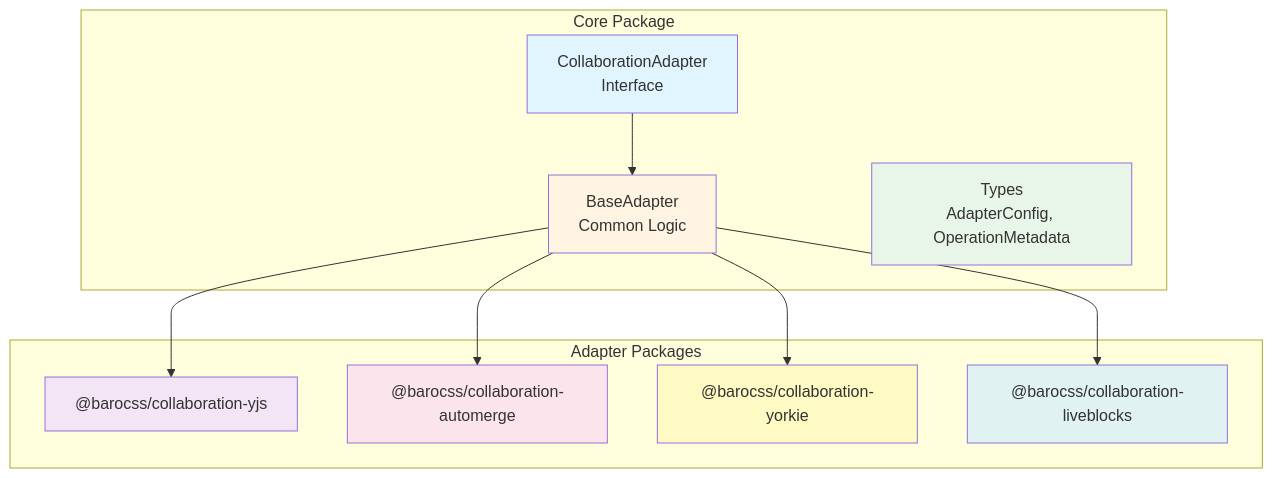
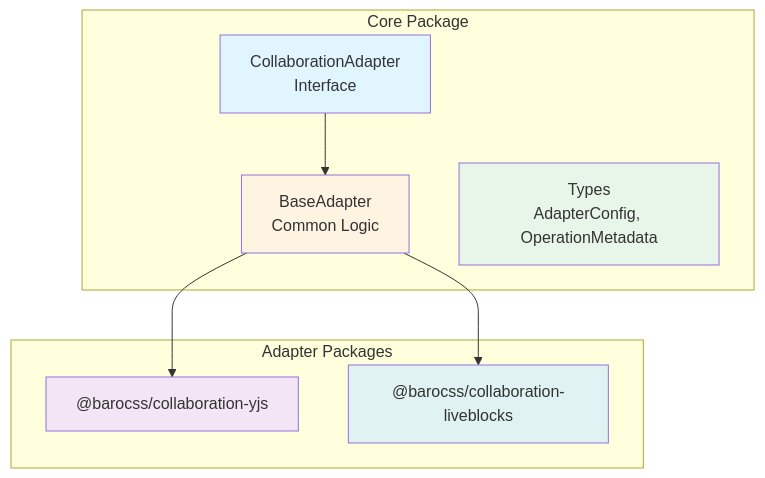
The first of 2 diagrams in packages/collaboration/README.md (barocss/barocss-editor), drawn with Mermaid before and after one commit. The commit also changed other lines of this file and 168 other files, not shown here.

````diff
--- a/packages/collaboration/README.md
+++ b/packages/collaboration/README.md
@@ -7,29 +7,23 @@
 ```mermaid
 graph TB
     subgraph "Core Package"
         A["CollaborationAdapter<br/>Interface"]
         B["BaseAdapter<br/>Common Logic"]
         C["Types<br/>AdapterConfig, OperationMetadata"]
     end
     
     subgraph "Adapter Packages"
         D["@barocss/collaboration-yjs"]
-        E["@barocss/collaboration-automerge"]
-        F["@barocss/collaboration-yorkie"]
         G["@barocss/collaboration-liveblocks"]
     end
     
     A --> B
     B --> D
-    B --> E
-    B --> F
     B --> G
     
     style A fill:#e1f5ff
     style B fill:#fff4e1
     style C fill:#e8f5e9
     style D fill:#f3e5f5
-    style E fill:#fce4ec
-    style F fill:#fff9c4
     style G fill:#e0f2f1
 ```
````
